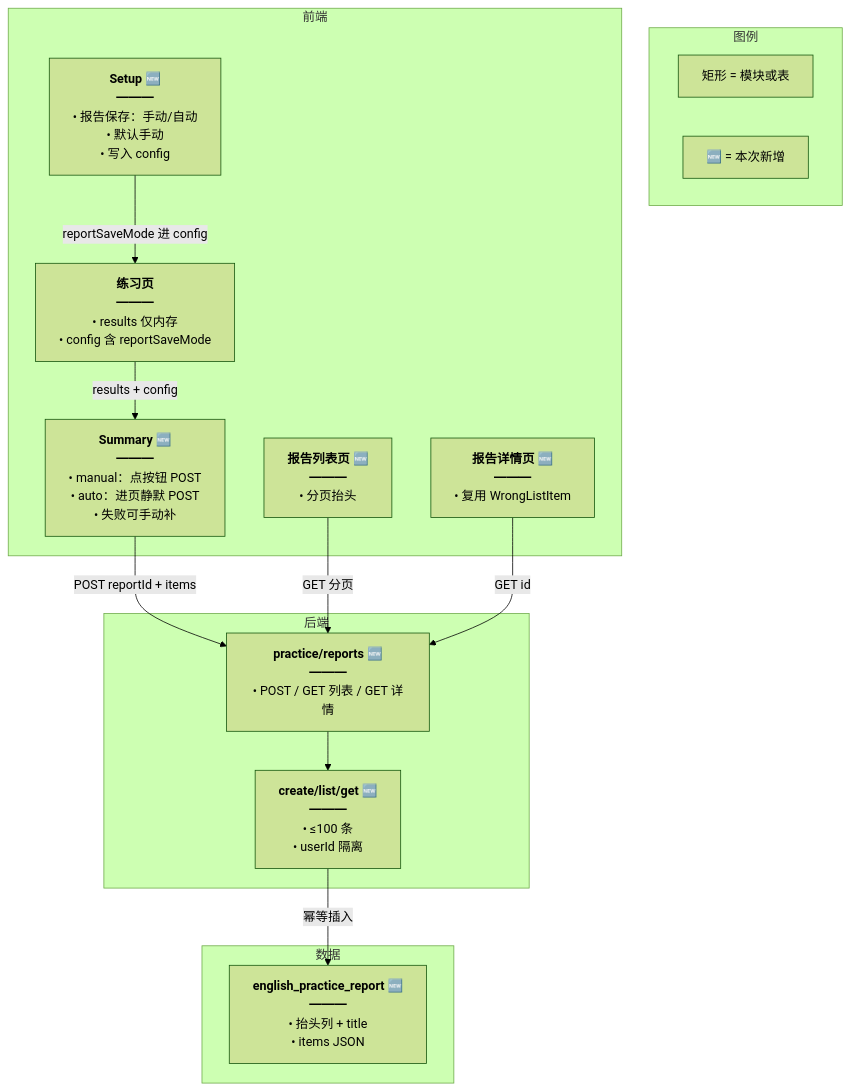
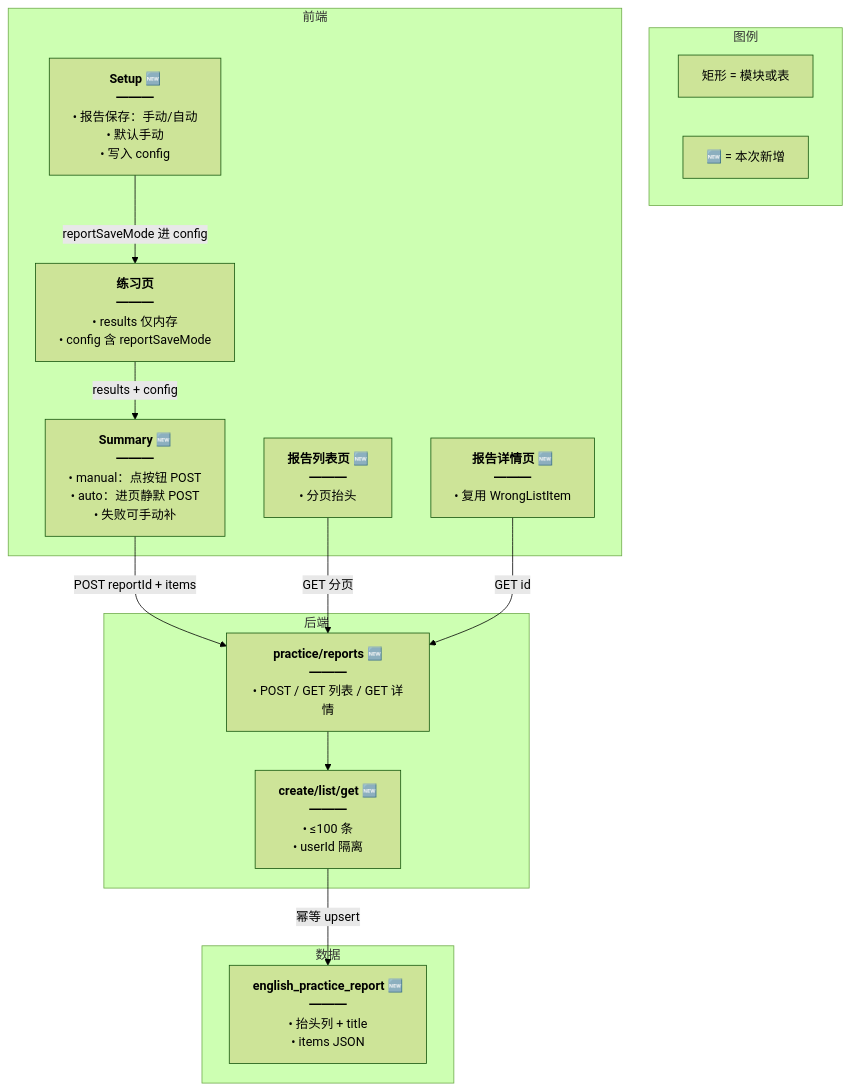
One commit to dnhyxc/remote-docs changed the first of 3 diagrams in wiki/ideas/english/练习报告存档.md. Above: the diagram before and after it, drawn with Mermaid (forest theme). The commit also changed other lines of this file and 38 other files, not shown here.

````diff
--- a/wiki/ideas/english/练习报告存档.md
+++ b/wiki/ideas/english/练习报告存档.md
@@ -106,32 +109,32 @@
 ```mermaid
 flowchart TB
   subgraph Legend["图例"]
     L1["矩形 = 模块或表"]
     L2["🆕 = 本次新增"]
   end
 
   subgraph FE["前端"]
     Setup["<b>Setup 🆕</b><br/>━━━<br/>• 报告保存：手动/自动<br/>• 默认手动<br/>• 写入 config"]
     Session["<b>练习页</b><br/>━━━<br/>• results 仅内存<br/>• config 含 reportSaveMode"]
     Summary["<b>Summary 🆕</b><br/>━━━<br/>• manual：点按钮 POST<br/>• auto：进页静默 POST<br/>• 失败可手动补"]
     List["<b>报告列表页 🆕</b><br/>━━━<br/>• 分页抬头"]
     Detail["<b>报告详情页 🆕</b><br/>━━━<br/>• 复用 WrongListItem"]
   end
 
   subgraph BE["后端"]
     API["<b>practice/reports 🆕</b><br/>━━━<br/>• POST / GET 列表 / GET 详情"]
     Svc["<b>create/list/get 🆕</b><br/>━━━<br/>• ≤100 条<br/>• userId 隔离"]
   end
 
   subgraph DB["数据"]
     Row["<b>english_practice_report 🆕</b><br/>━━━<br/>• 抬头列 + title<br/>• items JSON"]
   end
 
   Setup -- "reportSaveMode 进 config" --> Session
   Session -- "results + config" --> Summary
   Summary -- "POST reportId + items" --> API
   List -- "GET 分页" --> API
   Detail -- "GET id" --> API
   API --> Svc
-  Svc -- "幂等插入" --> Row
+  Svc -- "幂等 upsert" --> Row
 ```
````
